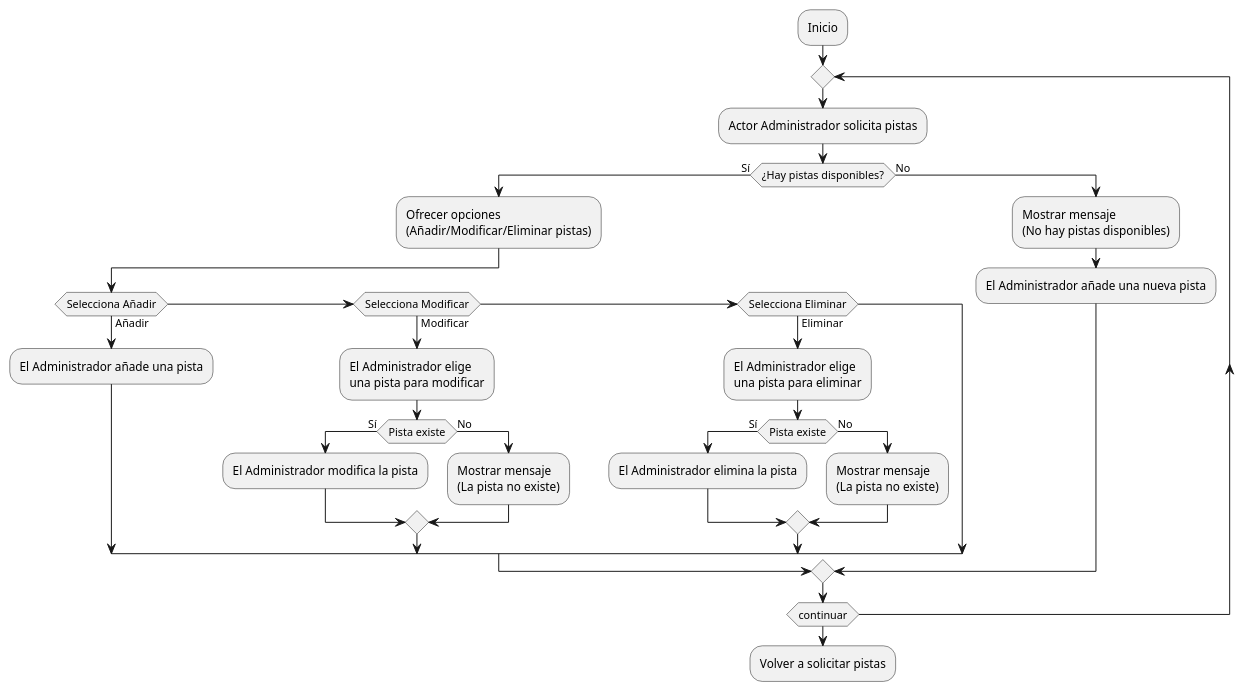
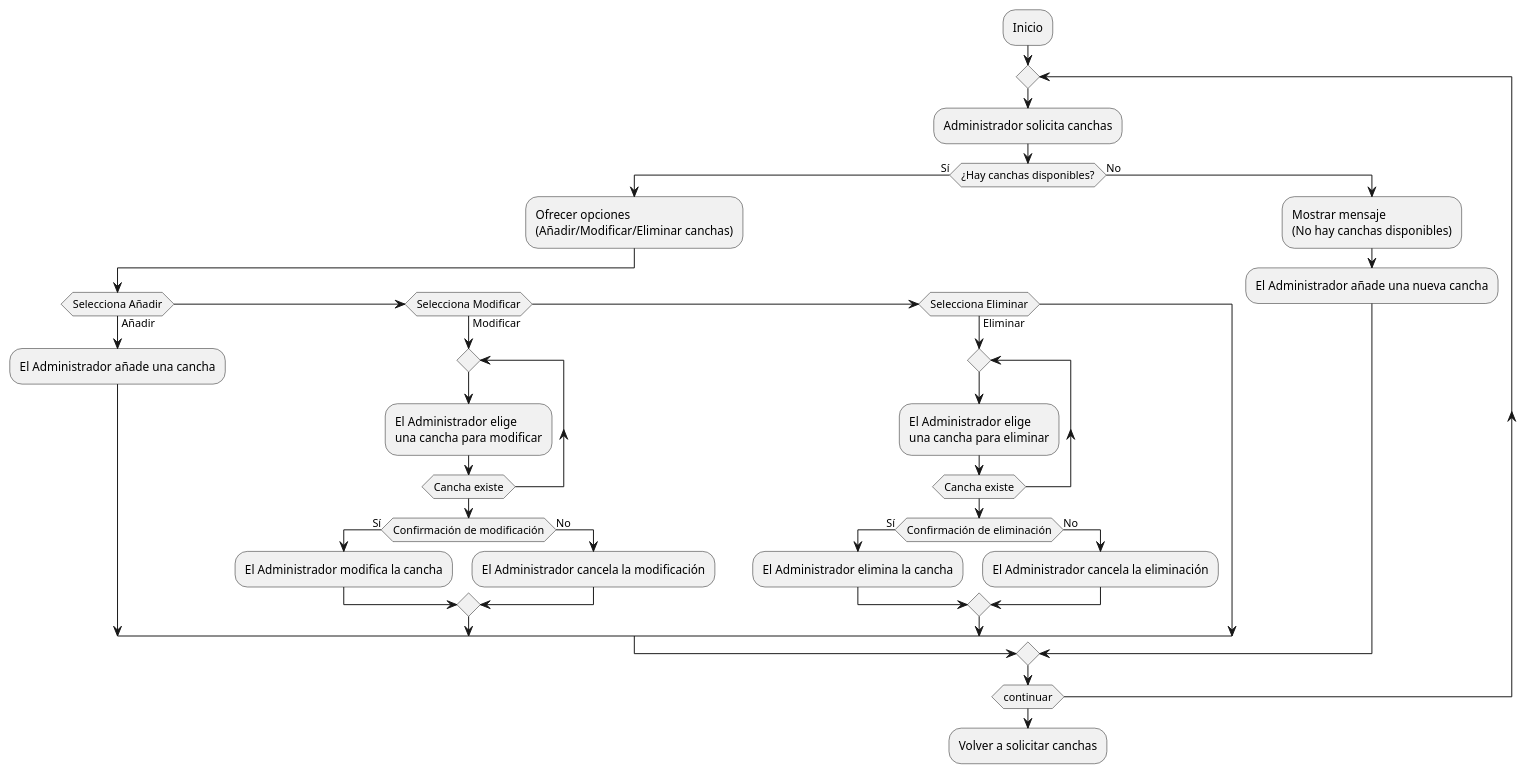
The diagram in CasosDeUso/Procesos/CduAdministrar/Diagrama de flujo.puml (pablarce/23-24-IdSw1-SDR), drawn with PlantUML before and after one commit. The commit also changed 1 other file, not shown here.

Commit message:
Fix: Diagrama de flujo v.2 He mejorado algunos aspectos como hacer un bucle si no existe cancha seleccionada y cambiado los nombres de "pistas de padel" al lenguaje común "canchas de padel". Add: Primera versión del diagrama de estados.

```diff
--- a/CasosDeUso/Procesos/CduAdministrar/Diagrama de flujo.puml
+++ b/CasosDeUso/Procesos/CduAdministrar/Diagrama de flujo.puml
@@ -1,43 +1,49 @@
 @startuml
 :Inicio;
 
 repeat
 
-:Actor Administrador solicita pistas;
+:Administrador solicita canchas;
 
-  if (¿Hay pistas disponibles?) then (Sí)
-    :Ofrecer opciones\n(Añadir/Modificar/Eliminar pistas);
+  if (¿Hay canchas disponibles?) then (Sí)
+    :Ofrecer opciones\n(Añadir/Modificar/Eliminar canchas);
 
     if (Selecciona Añadir) then (Añadir)
-      :El Administrador añade una pista;
+      :El Administrador añade una cancha;
 
     else if (Selecciona Modificar) then (Modificar)
-      :El Administrador elige\nuna pista para modificar;
+      
+      repeat
+        :El Administrador elige\nuna cancha para modificar;
+      repeat while (Cancha existe)
 
-      if (Pista existe) then (Sí)
-        :El Administrador modifica la pista;
+      if (Confirmación de modificación) then (Sí)
+        :El Administrador modifica la cancha;
 
       else (No)
-        :Mostrar mensaje\n(La pista no existe);
+        :El Administrador cancela la modificación;
       endif
 
     else if (Selecciona Eliminar) then (Eliminar)
-      :El Administrador elige\nuna pista para eliminar;
 
-      if (Pista existe) then (Sí)
-        :El Administrador elimina la pista;
+      repeat
+        :El Administrador elige\nuna cancha para eliminar;
+      repeat while (Cancha existe)
+
+      if (Confirmación de eliminación) then (Sí)
+        :El Administrador elimina la cancha;
 
       else (No)
-        :Mostrar mensaje\n(La pista no existe);
+        :El Administrador cancela la eliminación;
       endif
     endif
 
   else (No)
-    :Mostrar mensaje\n(No hay pistas disponibles);
-    :El Administrador añade una nueva pista;
+    :Mostrar mensaje\n(No hay canchas disponibles);
+    :El Administrador añade una nueva cancha;
   endif
   
 repeat while (continuar)
 
-:Volver a solicitar pistas;
+:Volver a solicitar canchas;
 @enduml
```
